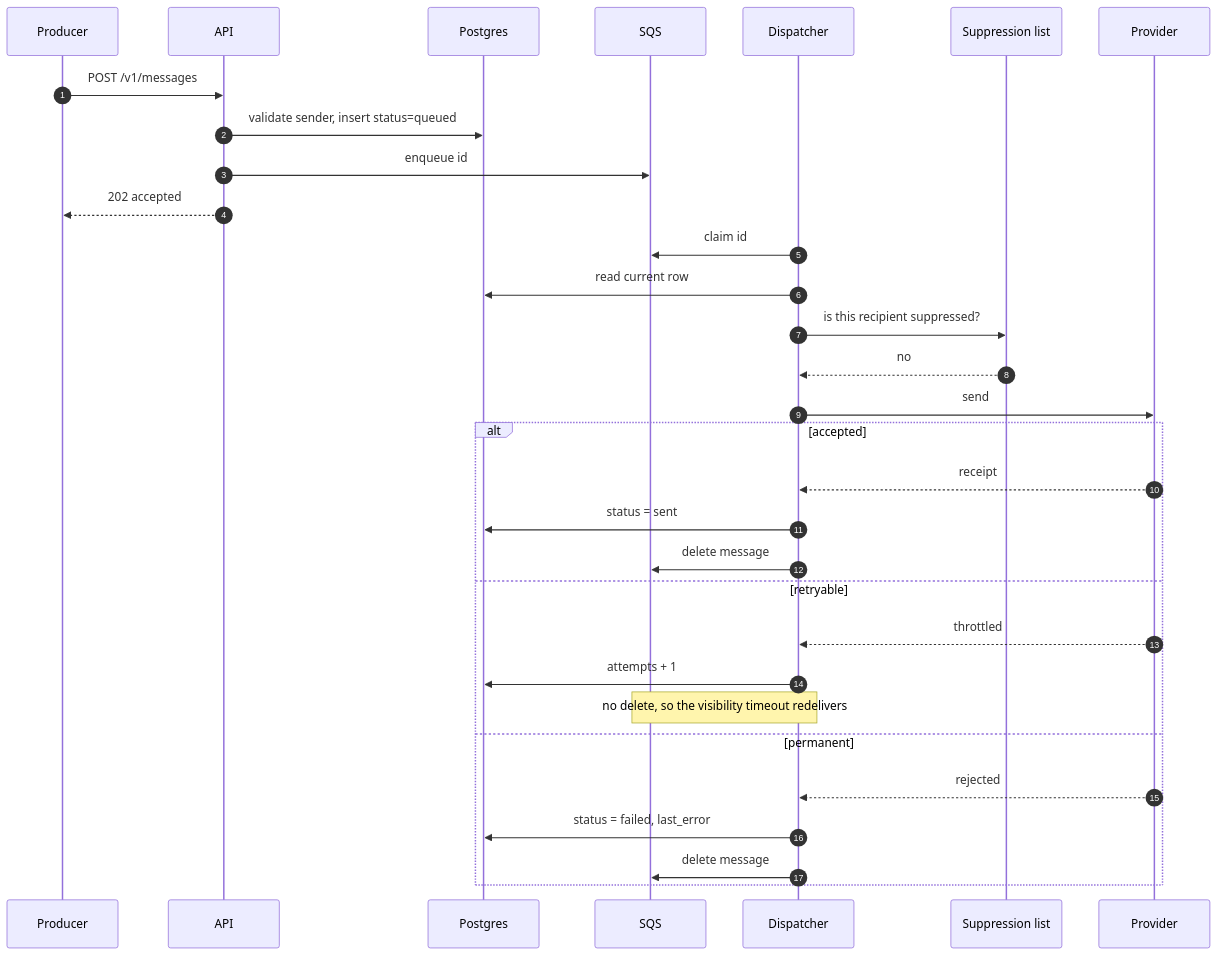
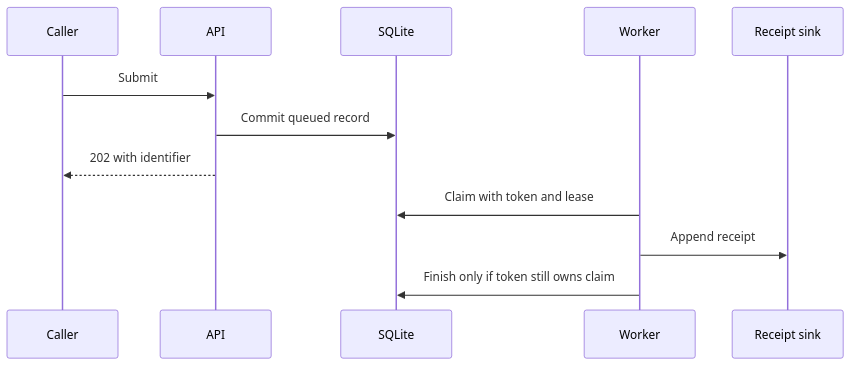
Before and after one commit to skippednote/axelerant-documentation-skill-reference: the third of 3 diagrams in sample/dispatch/docs/explanation/architecture.md, drawn with Mermaid. The commit also changed other lines of this file and 93 other files, not shown here.

````diff
--- a/sample/dispatch/docs/explanation/architecture.md
+++ b/sample/dispatch/docs/explanation/architecture.md
@@ -72,34 +47,14 @@
 ```mermaid
 sequenceDiagram
-    autonumber
-    participant Prod as Producer
-    participant API
-    participant DB as Postgres
-    participant Q as SQS
-    participant W as Dispatcher
-    participant CRM as Suppression list
-    participant P as Provider
-
-    Prod->>API: POST /v1/messages
-    API->>DB: validate sender, insert status=queued
-    API->>Q: enqueue id
-    API-->>Prod: 202 accepted
-    W->>Q: claim id
-    W->>DB: read current row
-    W->>CRM: is this recipient suppressed?
-    CRM-->>W: no
-    W->>P: send
-    alt accepted
-        P-->>W: receipt
-        W->>DB: status = sent
-        W->>Q: delete message
-    else retryable
-        P-->>W: throttled
-        W->>DB: attempts + 1
-        Note over W,Q: no delete, so the visibility timeout redelivers
-    else permanent
-        P-->>W: rejected
-        W->>DB: status = failed, last_error
-        W->>Q: delete message
-    end
+  participant C as Caller
+  participant A as API
+  participant Q as SQLite
+  participant W as Worker
+  participant S as Receipt sink
+  C->>A: Submit
+  A->>Q: Commit queued record
+  A-->>C: 202 with identifier
+  W->>Q: Claim with token and lease
+  W->>S: Append receipt
+  W->>Q: Finish only if token still owns claim
 ```
````
